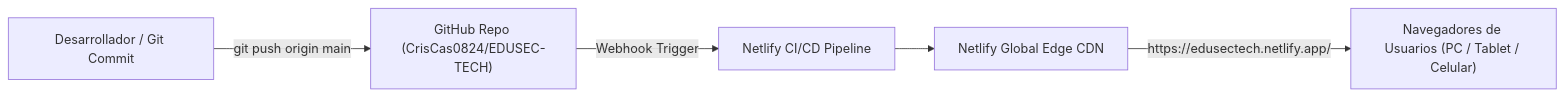
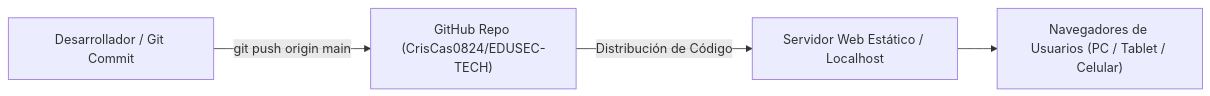
Before and after one commit to CrisCas0824/EDUSEC-TECH: the fifth of 5 diagrams in ARCHITECTURE.md, drawn with Mermaid. The commit also changed other lines of this file and 3 other files, not shown here.

````diff
--- a/ARCHITECTURE.md
+++ b/ARCHITECTURE.md
@@ -284,7 +284,6 @@
 ```mermaid
 graph LR
     Dev["Desarrollador / Git Commit"] -->|git push origin main| GitHub["GitHub Repo (CrisCas0824/EDUSEC-TECH)"]
-    GitHub -->|Webhook Trigger| NetlifyBuild["Netlify CI/CD Pipeline"]
-    NetlifyBuild --> NetlifyEdge["Netlify Global Edge CDN"]
-    NetlifyEdge -->|https://edusectech.netlify.app/| EndUsers["Navegadores de Usuarios (PC / Tablet / Celular)"]
+    GitHub -->|Distribución de Código| WebServer["Servidor Web Estático / Localhost"]
+    WebServer --> EndUsers["Navegadores de Usuarios (PC / Tablet / Celular)"]
 ```
````
